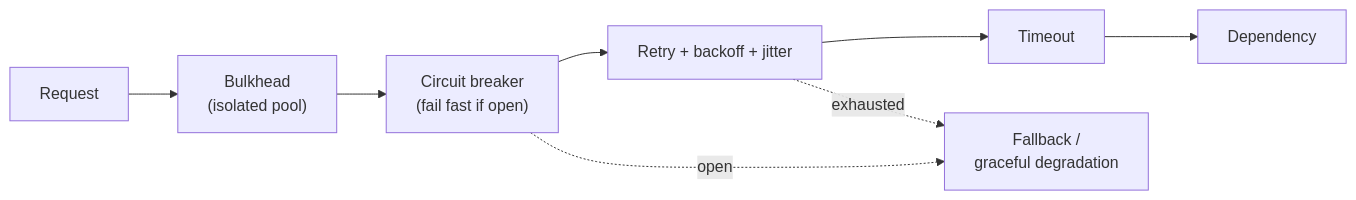
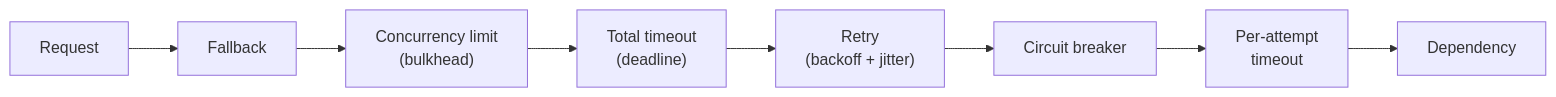
The first of 9 diagrams in github-pages/docs/distributed-systems/resilience-patterns.md (AndrewAltimit/Documentation), drawn with Mermaid before and after one commit. The commit also changed other lines of this file and 240 other files, not shown here.

````diff
--- a/github-pages/docs/distributed-systems/resilience-patterns.md
+++ b/github-pages/docs/distributed-systems/resilience-patterns.md
@@ -37,10 +43,10 @@
 ```mermaid
 flowchart LR
-    Req["Request"] --> BH["Bulkhead<br/>(isolated pool)"]
-    BH --> CB["Circuit breaker<br/>(fail fast if open)"]
-    CB --> RT["Retry + backoff + jitter"]
-    RT --> TO["Timeout"]
-    TO --> Dep["Dependency"]
-    CB -. open .-> FB["Fallback /<br/>graceful degradation"]
-    RT -. exhausted .-> FB
+    Req["Request"] --> FB["Fallback"]
+    FB --> CL["Concurrency limit<br/>(bulkhead)"]
+    CL --> TT["Total timeout<br/>(deadline)"]
+    TT --> RT["Retry<br/>(backoff + jitter)"]
+    RT --> CB["Circuit breaker"]
+    CB --> AT["Per-attempt<br/>timeout"]
+    AT --> Dep["Dependency"]
 ```
````
